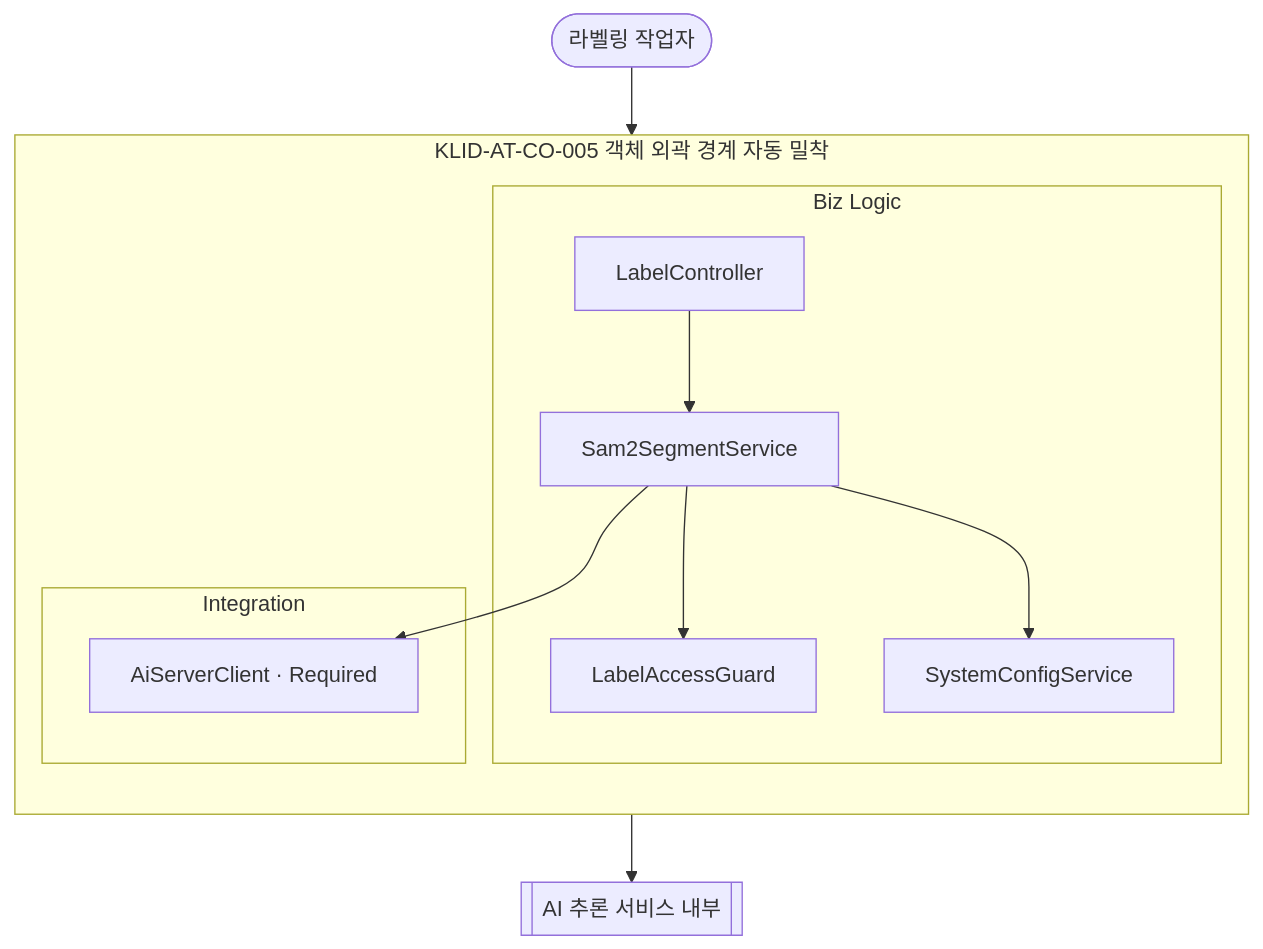
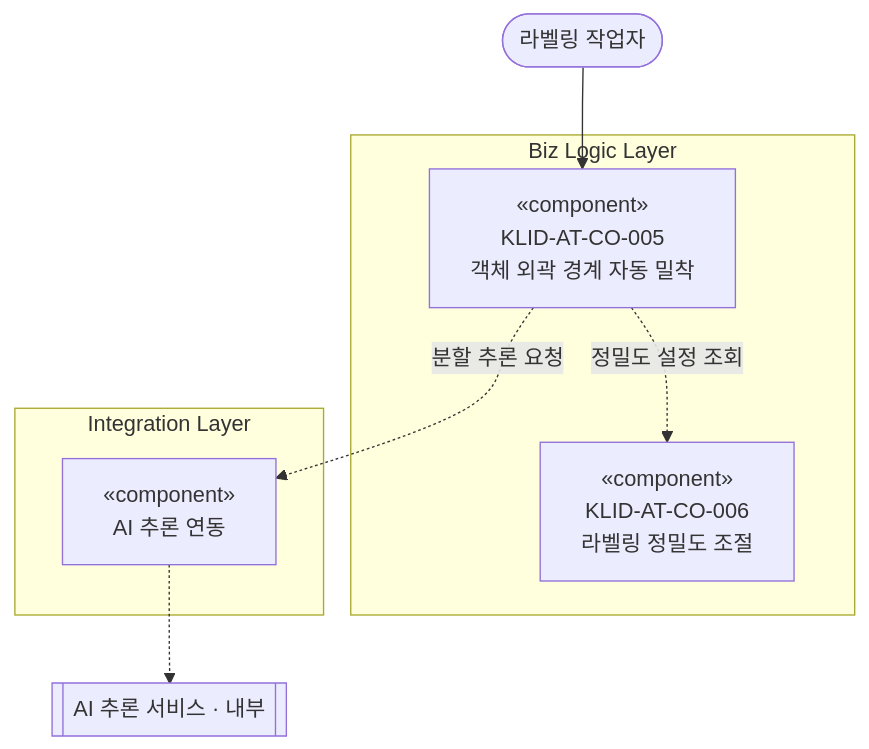
The fifth of 18 diagrams in docs/design/D3-컴포넌트설계서.md (New-stella/klid-label), drawn with Mermaid before and after one commit. The commit also changed other lines of this file and 10 other files, not shown here.

````diff
--- a/docs/design/D3-컴포넌트설계서.md
+++ b/docs/design/D3-컴포넌트설계서.md
@@ -170,23 +120,16 @@
 ```mermaid
 flowchart TD
     WORKER([라벨링 작업자])
-    AISVC[[AI 추론 서비스 내부]]
-    subgraph CO005[KLID-AT-CO-005 객체 외곽 경계 자동 밀착]
-        direction TB
-        subgraph BIZ5[Biz Logic]
-            LC5[LabelController]
-            SSS[Sam2SegmentService]
-            LAG5[LabelAccessGuard]
-            SCS5[SystemConfigService]
-        end
-        subgraph INT5[Integration]
-            ASC5[AiServerClient · Required]
-        end
-        LC5 --> SSS
-        SSS --> LAG5
-        SSS --> ASC5
-        SSS --> SCS5
+    AISVC[[AI 추론 서비스 · 내부]]
+    subgraph BIZ5[Biz Logic Layer]
+        CO005["«component»<br/>KLID-AT-CO-005<br/>객체 외곽 경계 자동 밀착"]
+        CO006R5["«component»<br/>KLID-AT-CO-006<br/>라벨링 정밀도 조절"]
     end
-    WORKER --> LC5
-    ASC5 --> AISVC
+    subgraph INT5[Integration Layer]
+        AISERVER5["«component»<br/>AI 추론 연동"]
+    end
+    WORKER --> CO005
+    CO005 -.정밀도 설정 조회.-> CO006R5
+    CO005 -.분할 추론 요청.-> AISERVER5
+    AISERVER5 -.-> AISVC
 ```
````
